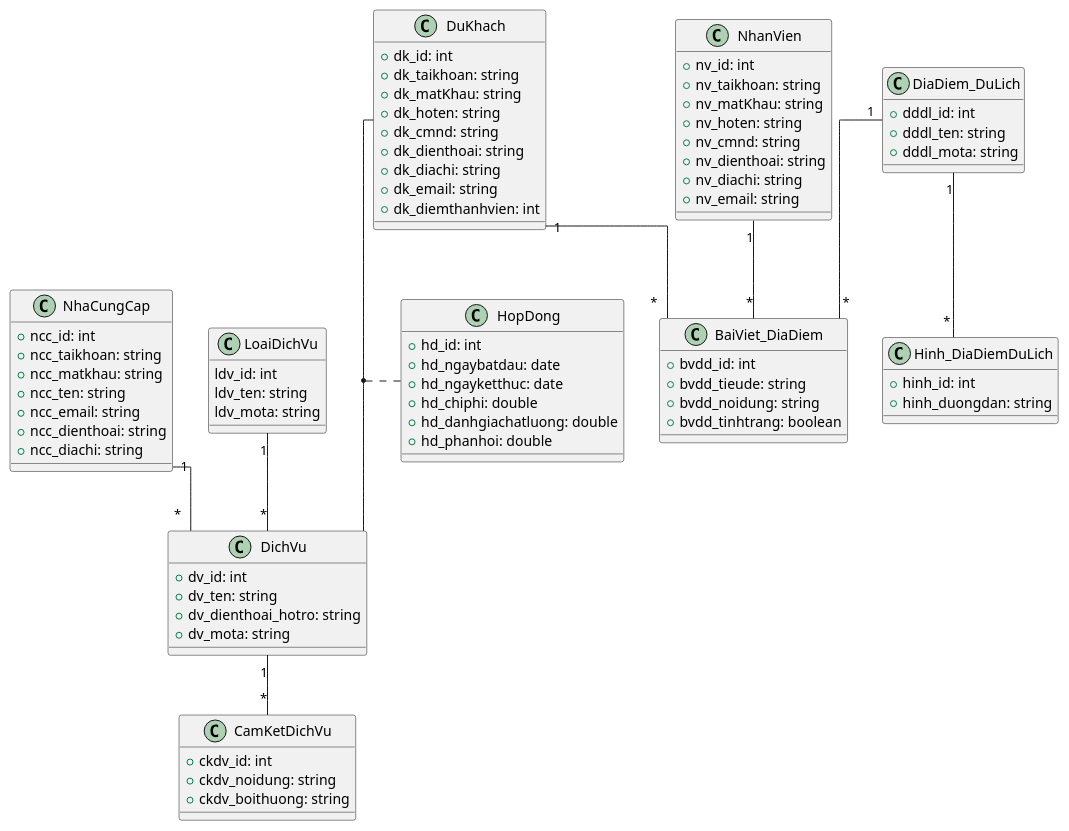
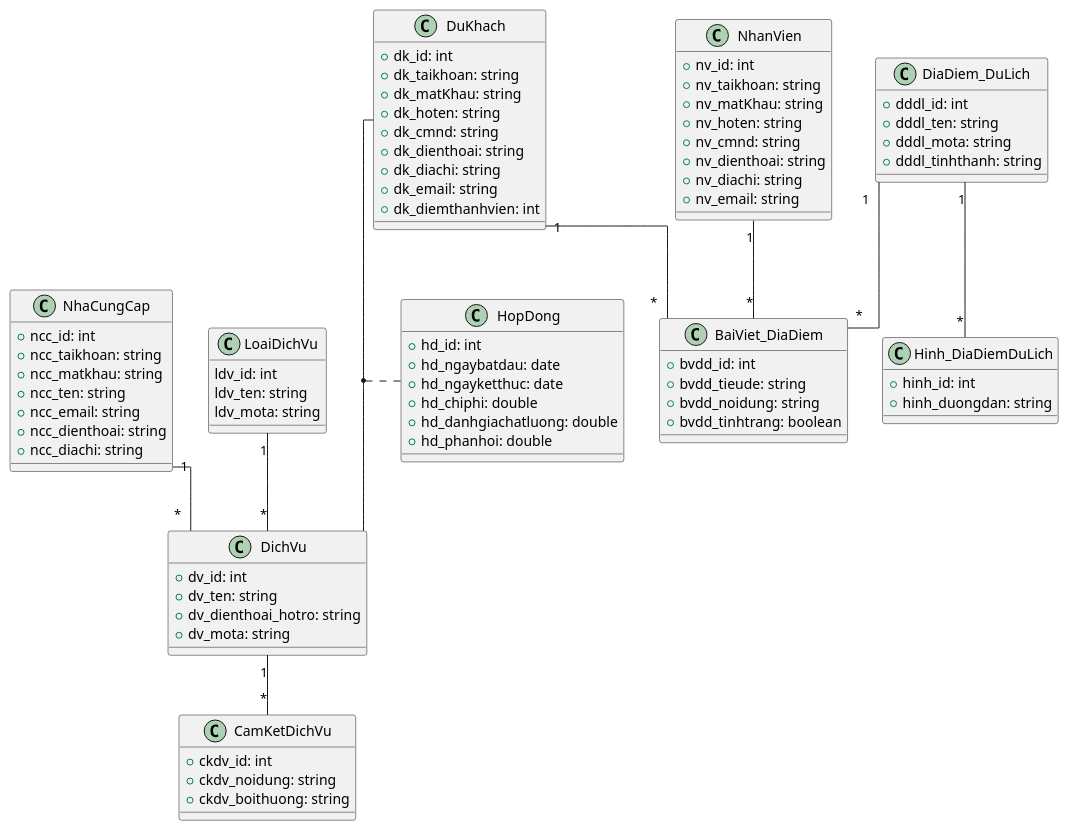
Before and after one commit to TranTan-Dat/LV_DuLichDienTu: the diagram in PlanUML/Class (1).puml, drawn with PlantUML. The commit also changed 19 other files, not shown here.

```diff
--- a/PlanUML/Class (1).puml
+++ b/PlanUML/Class (1).puml
@@ -1,102 +1,104 @@
 @startuml SoDoclass
  skinparam linetype ortho
 ' Dịch vụ du lịch ở đây bao gồm các khu vui chơi,
 ' ăn ngủ nghỉ, dịch vụ đi lại, các dịch vụ sẽ có loại DV
 'Dịch vụ sẽ gồm có:
 '1. Phương tiện để đi lại (gồm có phương tiện đi đến nơi du lịch và phương tiện đi lại ở điểm du lịch)
 '2. Tham quan 
 '3.ăn uống
 '4. chỗ ngủ
 
 
 
 class NhaCungCap{
   + ncc_id: int
   + ncc_taikhoan: string
   + ncc_matkhau: string
   + ncc_ten: string
   + ncc_email: string
   + ncc_dienthoai: string
   + ncc_diachi: string
 }
 
 class DiaDiem_DuLich{
   + dddl_id: int
   + dddl_ten: string
   + dddl_mota: string
+  + dddl_tinhthanh: string
 }
+
 
 class BaiViet_DiaDiem{
   + bvdd_id: int
   + bvdd_tieude: string
   + bvdd_noidung: string
   + bvdd_tinhtrang: boolean
 }
 
 class DuKhach{
   + dk_id: int
   + dk_taikhoan: string
   + dk_matKhau: string
   + dk_hoten: string
   + dk_cmnd: string
   + dk_dienthoai: string
   + dk_diachi: string
   + dk_email: string 
   + dk_diemthanhvien: int
 }
 
 class LoaiDichVu{
   ldv_id: int
   ldv_ten: string
   ldv_mota: string
 }
 
 class DichVu{
   + dv_id: int
   + dv_ten: string
   + dv_dienthoai_hotro: string
   + dv_mota: string
 }
 
 class CamKetDichVu{
   + ckdv_id: int
   + ckdv_noidung: string
   + ckdv_boithuong: string
 }
 
 class HopDong{
   + hd_id: int
   + hd_ngaybatdau: date
   + hd_ngayketthuc: date
   + hd_chiphi: double
   + hd_danhgiachatluong: double
   + hd_phanhoi: double
 }
 
 class NhanVien{
   + nv_id: int
   + nv_taikhoan: string
   + nv_matKhau: string
   + nv_hoten: string
   + nv_cmnd: string
   + nv_dienthoai: string
   + nv_diachi: string
   + nv_email: string 
 }
 
 class Hinh_DiaDiemDuLich{
   + hinh_id: int
   + hinh_duongdan: string
 }
 
 NhaCungCap "1" -- "*" DichVu
 LoaiDichVu "1" -- "*" DichVu
 DuKhach "1" -- "*" BaiViet_DiaDiem
 DiaDiem_DuLich "1" -- "*" BaiViet_DiaDiem
 NhanVien "1" -- "*" BaiViet_DiaDiem
 (DuKhach, DichVu) .. HopDong
 DiaDiem_DuLich "1" -- "*" Hinh_DiaDiemDuLich
 DichVu "1" -- "*" CamKetDichVu
 
 
 @enduml
```
